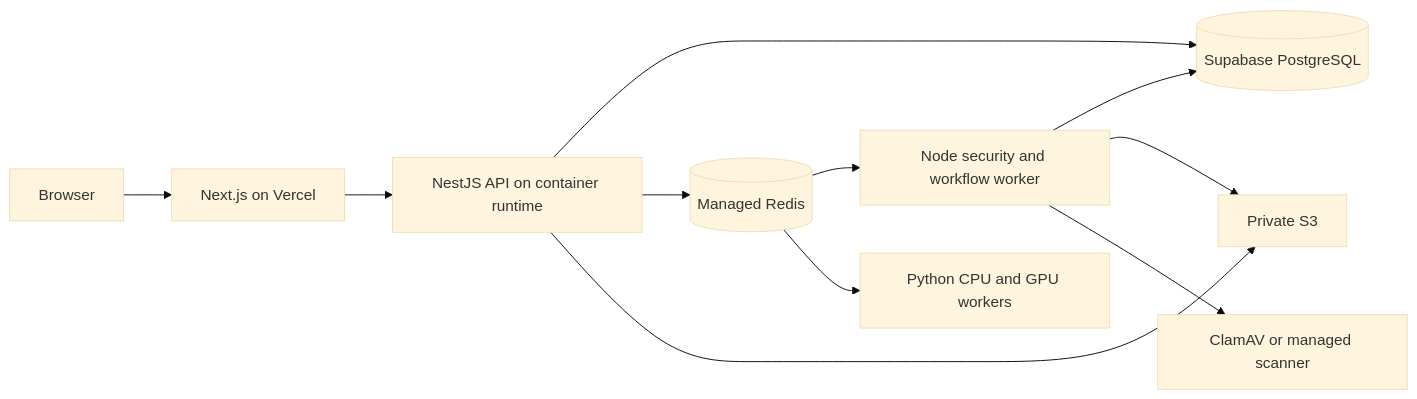
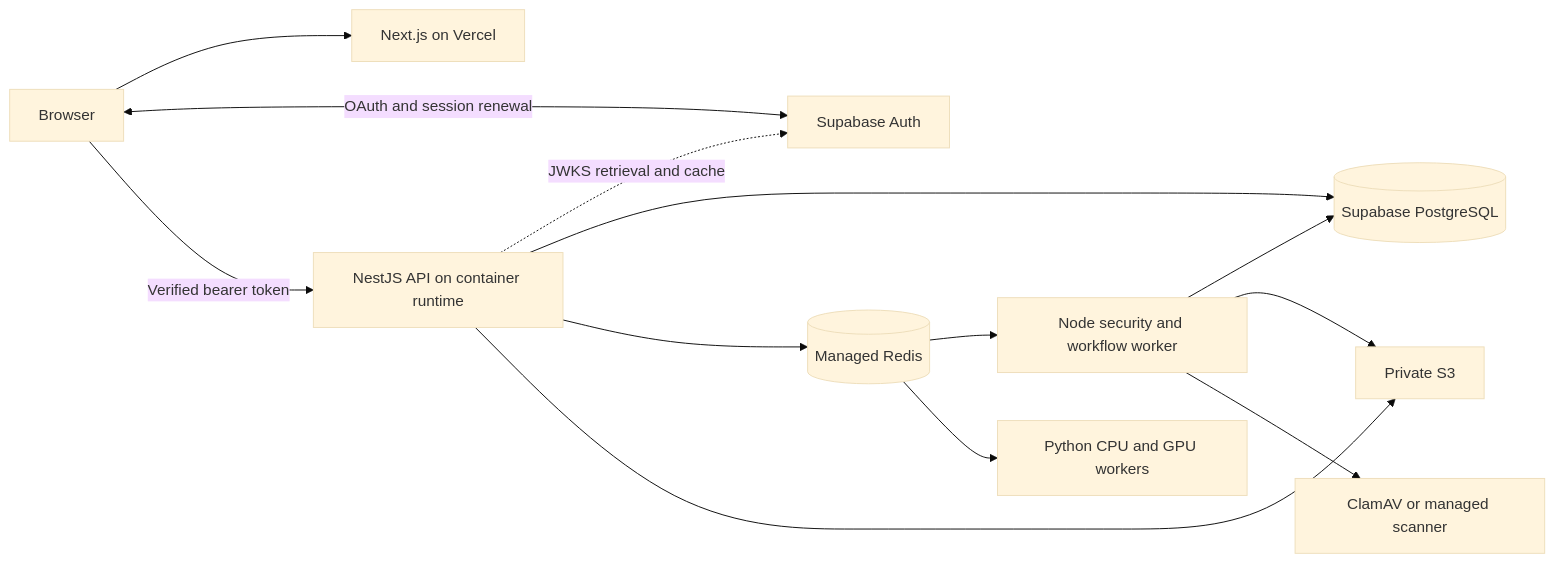
Before and after one commit to RahulRanjann/VoiceVerse-AI: the diagram in docs/deployment/vercel-supabase.md, drawn with Mermaid (base theme). The commit also changed other lines of this file and 239 other files, not shown here.

Commit message:
feat: implement speech analysis, localization modules, and Supabase authentication integration with associated database schemas and UI features.

````diff
--- a/docs/deployment/vercel-supabase.md
+++ b/docs/deployment/vercel-supabase.md
@@ -5,13 +5,15 @@
 ```mermaid
 flowchart LR
     Browser --> Web[Next.js on Vercel]
-    Web --> API[NestJS API on container runtime]
+    Browser <-->|OAuth and session renewal| Auth[Supabase Auth]
+    Browser -->|Verified bearer token| API[NestJS API on container runtime]
+    API -.->|JWKS retrieval and cache| Auth
     API --> DB[(Supabase PostgreSQL)]
     API --> Redis[(Managed Redis)]
     API --> S3[Private S3]
     Redis --> Worker[Node security and workflow worker]
     Worker --> DB
     Worker --> S3
     Worker --> Scanner[ClamAV or managed scanner]
     Redis --> AI[Python CPU and GPU workers]
 ```
````
